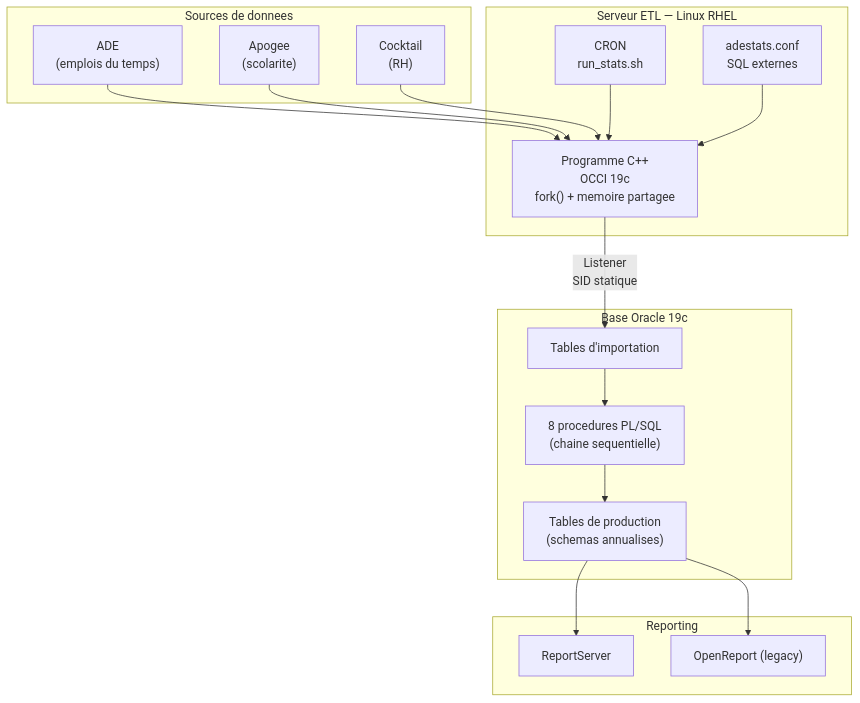
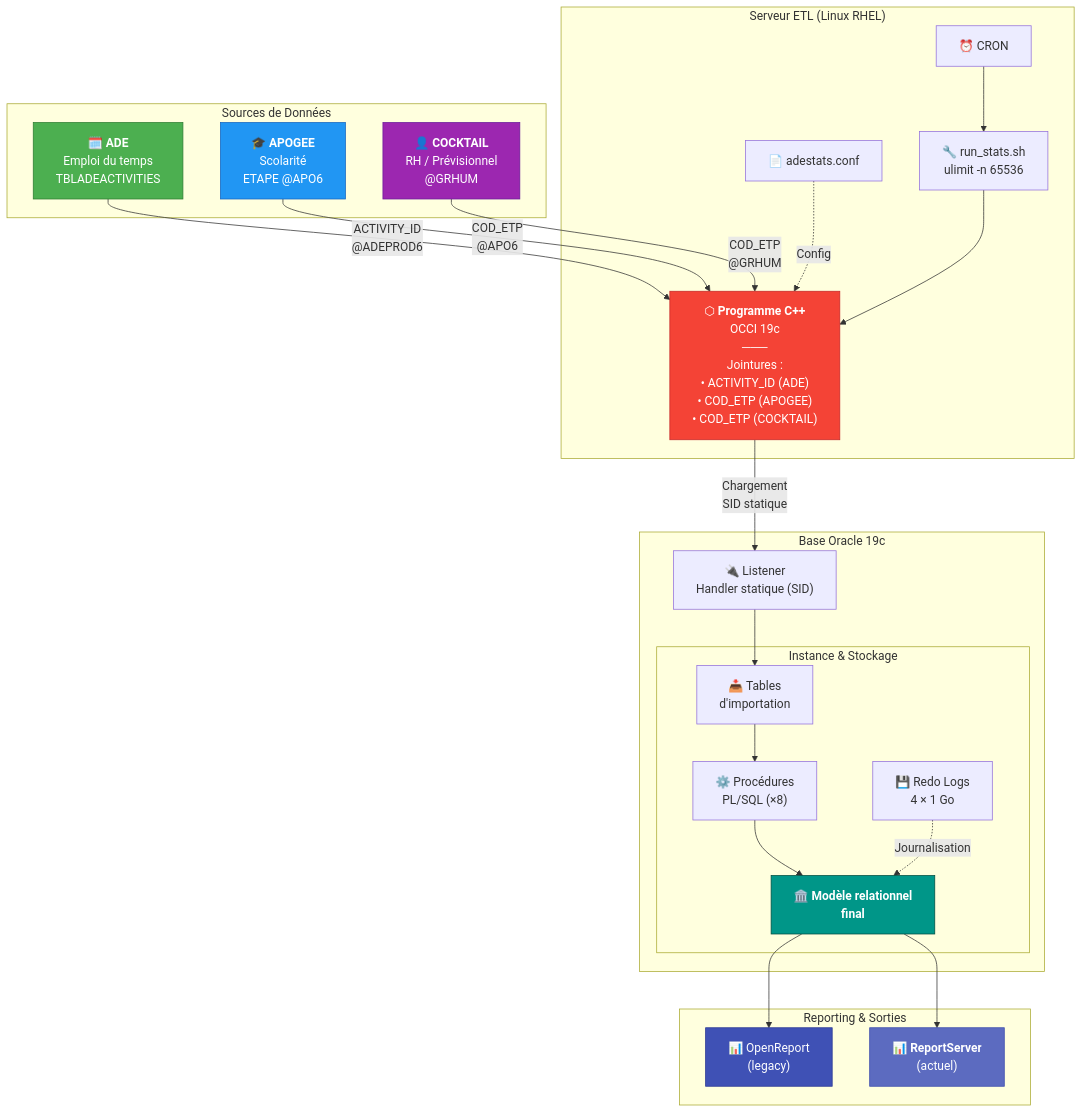
The first of 3 diagrams in README.md (gpilliat/adestats-documentation), drawn with Mermaid before and after one commit. The commit also changed other lines of this file, not shown here.

````diff
--- a/README.md
+++ b/README.md
@@ -23,37 +21,52 @@
 ```mermaid
-flowchart TB
-    subgraph Sources["Sources de donnees"]
-        ADE["ADE<br/>(emplois du temps)"]
-        APO["Apogee<br/>(scolarite)"]
-        COCKTAIL["Cocktail<br/>(RH)"]
+graph TD
+    subgraph SOURCES["Sources de Données"]
+        ADE["🗓️ <b>ADE</b><br/>Emploi du temps<br/>TBLADEACTIVITIES"]
+        APO["🎓 <b>APOGEE</b><br/>Scolarité<br/>ETAPE @APO6"]
+        CKT["👤 <b>COCKTAIL</b><br/>RH / Prévisionnel<br/>@GRHUM"]
     end
 
-    subgraph ETL["Serveur ETL — Linux RHEL"]
-        CRON["CRON<br/>run_stats.sh"]
-        CPP["Programme C++<br/>OCCI 19c<br/>fork() + memoire partagee"]
-        CONF["adestats.conf<br/>SQL externes"]
+    subgraph ETL["Serveur ETL (Linux RHEL)"]
+        CRON["⏰ CRON"]
+        WRAP["🔧 run_stats.sh<br/>ulimit -n 65536"]
+        CONF["📄 adestats.conf"]
+        CPP["⬡ <b>Programme C++</b><br/>OCCI 19c<br/>───<br/>Jointures :<br/>• ACTIVITY_ID (ADE)<br/>• COD_ETP (APOGEE)<br/>• COD_ETP (COCKTAIL)"]
     end
 
-    subgraph Oracle["Base Oracle 19c"]
-        IMPORT["Tables d'importation"]
-        PLSQL["8 procedures PL/SQL<br/>(chaine sequentielle)"]
-        PROD["Tables de production<br/>(schemas annualises)"]
+    subgraph ORACLE["Base Oracle 19c"]
+        LISTENER["🔌 Listener<br/>Handler statique (SID)"]
+        subgraph INSTANCE["Instance & Stockage"]
+            IMPORT["📥 Tables<br/>d'importation"]
+            PLSQL["⚙️ Procédures<br/>PL/SQL (×8)"]
+            REDO["💾 Redo Logs<br/>4 × 1 Go"]
+            MODEL["🏛️ <b>Modèle relationnel<br/>final</b>"]
+        end
     end
 
-    subgraph Reporting["Reporting"]
-        RS["ReportServer"]
-        OR["OpenReport (legacy)"]
+    subgraph REPORT["Reporting & Sorties"]
+        OR["📊 OpenReport<br/>(legacy)"]
+        RS["📊 <b>ReportServer</b><br/>(actuel)"]
     end
 
-    ADE --> CPP
-    APO --> CPP
-    COCKTAIL --> CPP
-    CRON --> CPP
-    CONF --> CPP
-    CPP -->|"Listener<br/>SID statique"| IMPORT
+    ADE -->|"ACTIVITY_ID<br/>@ADEPROD6"| CPP
+    APO -->|"COD_ETP<br/>@APO6"| CPP
+    CKT -->|"COD_ETP<br/>@GRHUM"| CPP
+    CRON --> WRAP
+    CONF -.->|"Config"| CPP
+    WRAP --> CPP
+    CPP -->|"Chargement<br/>SID statique"| LISTENER
+    LISTENER --> IMPORT
     IMPORT --> PLSQL
-    PLSQL --> PROD
-    PROD --> RS
-    PROD --> OR
+    PLSQL --> MODEL
+    REDO -.->|"Journalisation"| MODEL
+    MODEL --> OR
+    MODEL --> RS
 
+    style ADE fill:#4CAF50,stroke:#2E7D32,color:#fff
+    style APO fill:#2196F3,stroke:#1565C0,color:#fff
+    style CKT fill:#9C27B0,stroke:#6A1B9A,color:#fff
+    style CPP fill:#F44336,stroke:#C62828,color:#fff
+    style MODEL fill:#009688,stroke:#004D40,color:#fff
+    style RS fill:#5C6BC0,stroke:#3949AB,color:#fff
+    style OR fill:#3F51B5,stroke:#283593,color:#fff
 ```
````
